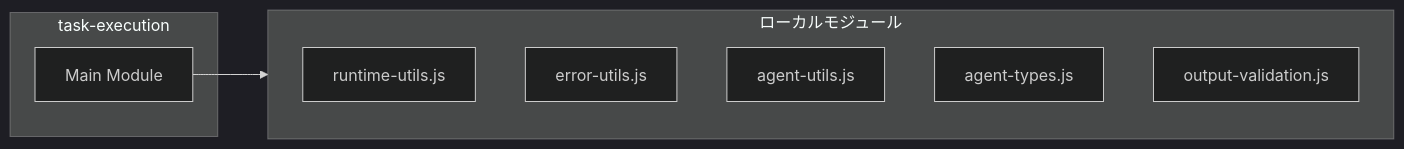
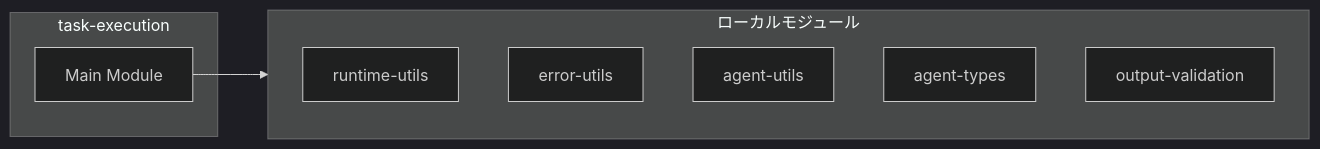
One commit to Mekann2904/mekann changed the second of 4 diagrams in ABDD/.pi/extensions/subagents/task-execution.md. Above: the diagram before and after it, drawn with Mermaid (dark theme). The commit also changed other lines of this file and 174 other files, not shown here.

First line of the commit message:
fix(docs): ABDDのMermaid図生成エラーを修正する

````diff
--- a/ABDD/.pi/extensions/subagents/task-execution.md
+++ b/ABDD/.pi/extensions/subagents/task-execution.md
@@ -61,14 +61,14 @@
 ```mermaid
 flowchart LR
   subgraph this[task-execution]
     main[Main Module]
   end
   subgraph local[ローカルモジュール]
-    runtime_utils_js["runtime-utils.js"]
-    error_utils_js["error-utils.js"]
-    agent_utils_js["agent-utils.js"]
-    agent_types_js["agent-types.js"]
-    output_validation_js["output-validation.js"]
+    runtime_utils["runtime-utils"]
+    error_utils["error-utils"]
+    agent_utils["agent-utils"]
+    agent_types["agent-types"]
+    output_validation["output-validation"]
   end
   main --> local
 ```
````
